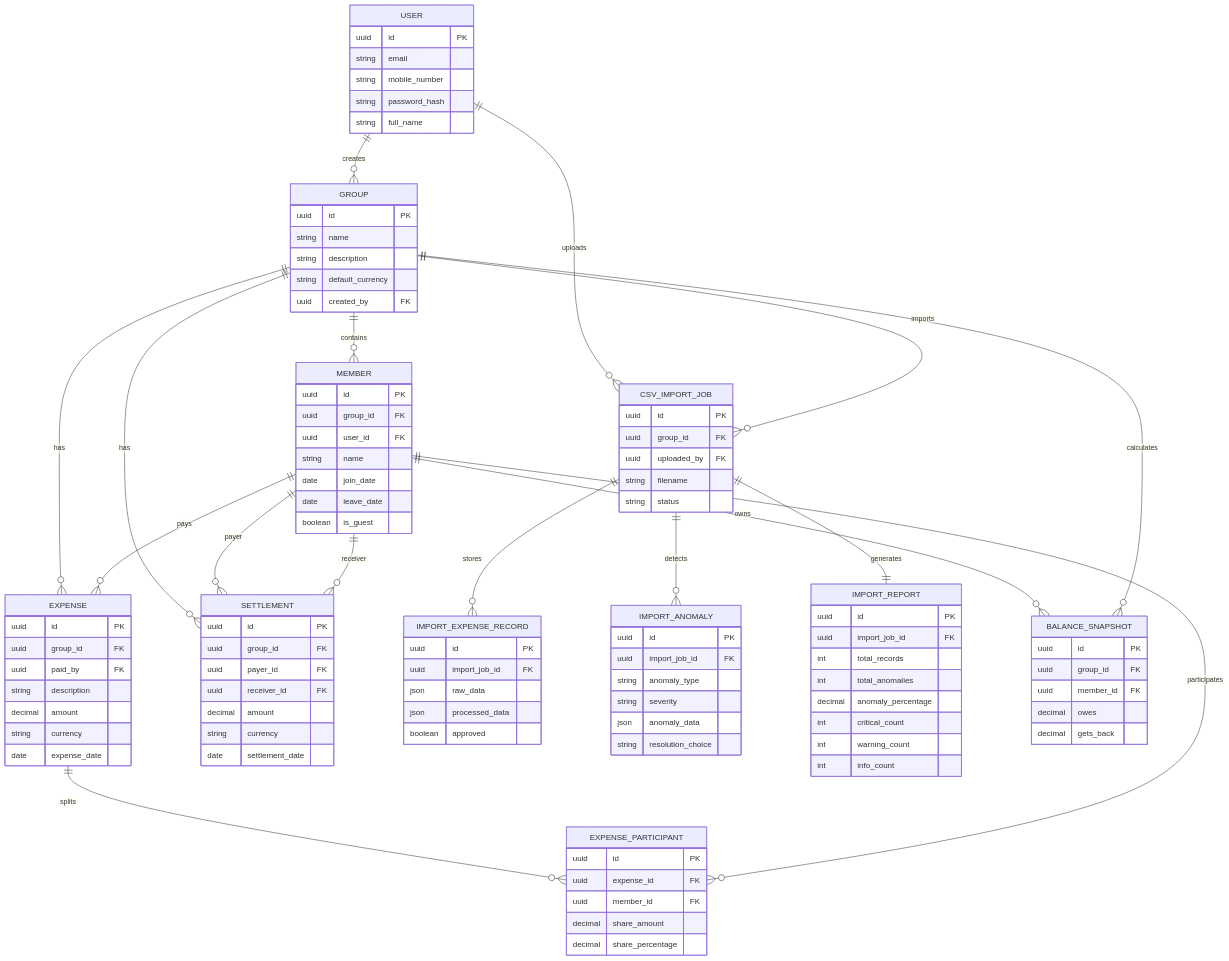
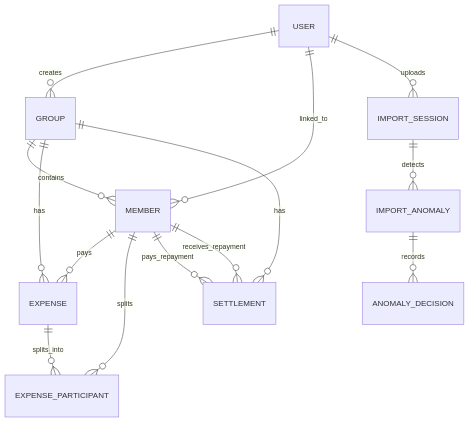
One commit to Sourav6404/FairSplit changed the diagram in docs/DATABASE_DESIGN.md. Above: the diagram before and after it, drawn with Mermaid. The commit also changed other lines of this file and 3 other files, not shown here.

Commit message:
docs: update system design, decisions, and import report details

````diff
--- a/docs/DATABASE_DESIGN.md
+++ b/docs/DATABASE_DESIGN.md
@@ -15,135 +18,21 @@
 ```mermaid
 erDiagram
-
     USER ||--o{ GROUP : creates
-
+    USER ||--o{ MEMBER : linked_to
+    USER ||--o{ IMPORT_SESSION : uploads
+    
     GROUP ||--o{ MEMBER : contains
-
-    USER ||--o{ CSV_IMPORT_JOB : uploads
-
     GROUP ||--o{ EXPENSE : has
-
     GROUP ||--o{ SETTLEMENT : has
 
-    GROUP ||--o{ CSV_IMPORT_JOB : imports
+    MEMBER ||--o{ EXPENSE : pays
+    MEMBER ||--o{ EXPENSE_PARTICIPANT : splits
+    MEMBER ||--o{ SETTLEMENT : pays_repayment
+    MEMBER ||--o{ SETTLEMENT : receives_repayment
 
-    MEMBER ||--o{ EXPENSE : pays
+    EXPENSE ||--o{ EXPENSE_PARTICIPANT : splits_into
 
-    EXPENSE ||--o{ EXPENSE_PARTICIPANT : splits
+    IMPORT_SESSION ||--o{ IMPORT_ANOMALY : detects
 
-    MEMBER ||--o{ EXPENSE_PARTICIPANT : participates
-
-    CSV_IMPORT_JOB ||--o{ IMPORT_EXPENSE_RECORD : stores
-
-    CSV_IMPORT_JOB ||--o{ IMPORT_ANOMALY : detects
-
-    CSV_IMPORT_JOB ||--|| IMPORT_REPORT : generates
-
-    MEMBER ||--o{ BALANCE_SNAPSHOT : owns
-
-    GROUP ||--o{ BALANCE_SNAPSHOT : calculates
-
-    MEMBER ||--o{ SETTLEMENT : payer
-
-    MEMBER ||--o{ SETTLEMENT : receiver
-
-
-
-    USER {
-        uuid id PK
-        string email
-        string mobile_number
-        string password_hash
-        string full_name
-    }
-
-    GROUP {
-        uuid id PK
-        string name
-        string description
-        string default_currency
-        uuid created_by FK
-    }
-
-    MEMBER {
-        uuid id PK
-        uuid group_id FK
-        uuid user_id FK
-        string name
-        date join_date
-        date leave_date
-        boolean is_guest
-    }
-
-    EXPENSE {
-        uuid id PK
-        uuid group_id FK
-        uuid paid_by FK
-        string description
-        decimal amount
-        string currency
-        date expense_date
-    }
-
-    EXPENSE_PARTICIPANT {
-        uuid id PK
-        uuid expense_id FK
-        uuid member_id FK
-        decimal share_amount
-        decimal share_percentage
-    }
-
-    SETTLEMENT {
-        uuid id PK
-        uuid group_id FK
-        uuid payer_id FK
-        uuid receiver_id FK
-        decimal amount
-        string currency
-        date settlement_date
-    }
-
-    BALANCE_SNAPSHOT {
-        uuid id PK
-        uuid group_id FK
-        uuid member_id FK
-        decimal owes
-        decimal gets_back
-    }
-
-    CSV_IMPORT_JOB {
-        uuid id PK
-        uuid group_id FK
-        uuid uploaded_by FK
-        string filename
-        string status
-    }
-
-    IMPORT_EXPENSE_RECORD {
-        uuid id PK
-        uuid import_job_id FK
-        json raw_data
-        json processed_data
-        boolean approved
-    }
-
-    IMPORT_ANOMALY {
-        uuid id PK
-        uuid import_job_id FK
-        string anomaly_type
-        string severity
-        json anomaly_data
-        string resolution_choice
-    }
-
-    IMPORT_REPORT {
-        uuid id PK
-        uuid import_job_id FK
-        int total_records
-        int total_anomalies
-        decimal anomaly_percentage
-        int critical_count
-        int warning_count
-        int info_count
-    }
+    IMPORT_ANOMALY ||--o{ ANOMALY_DECISION : records
 ```
````
